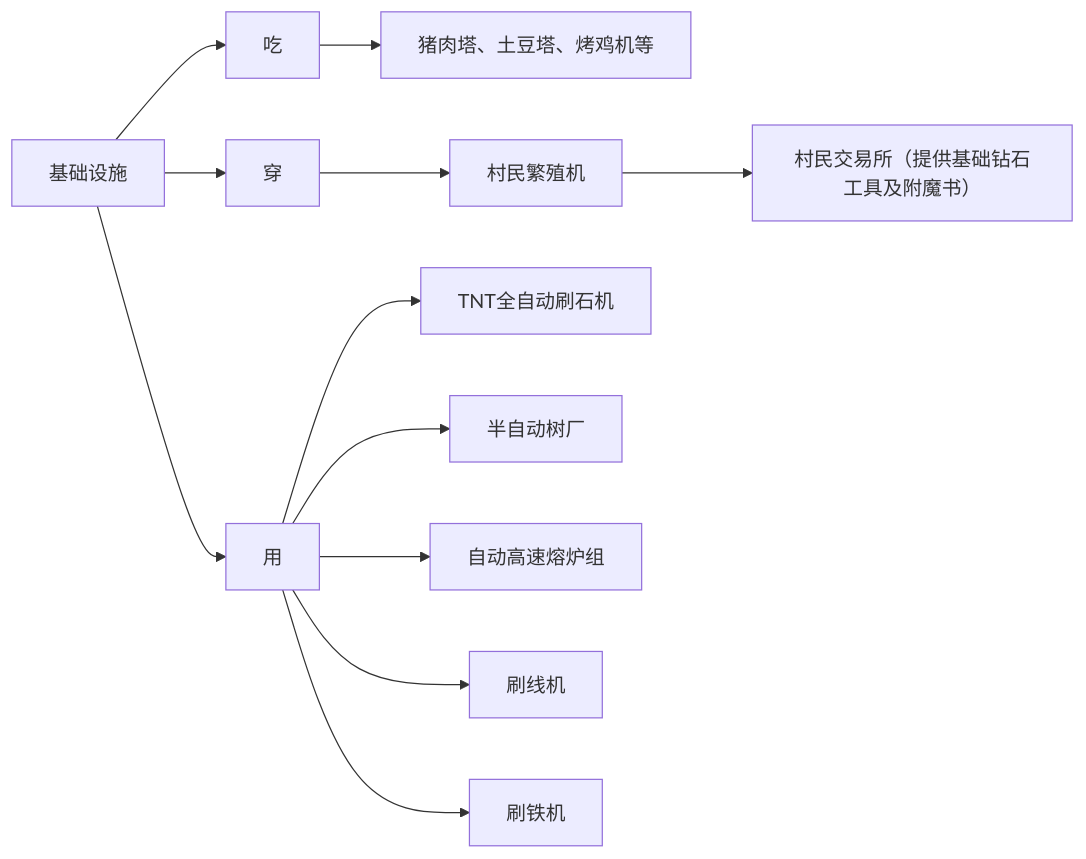
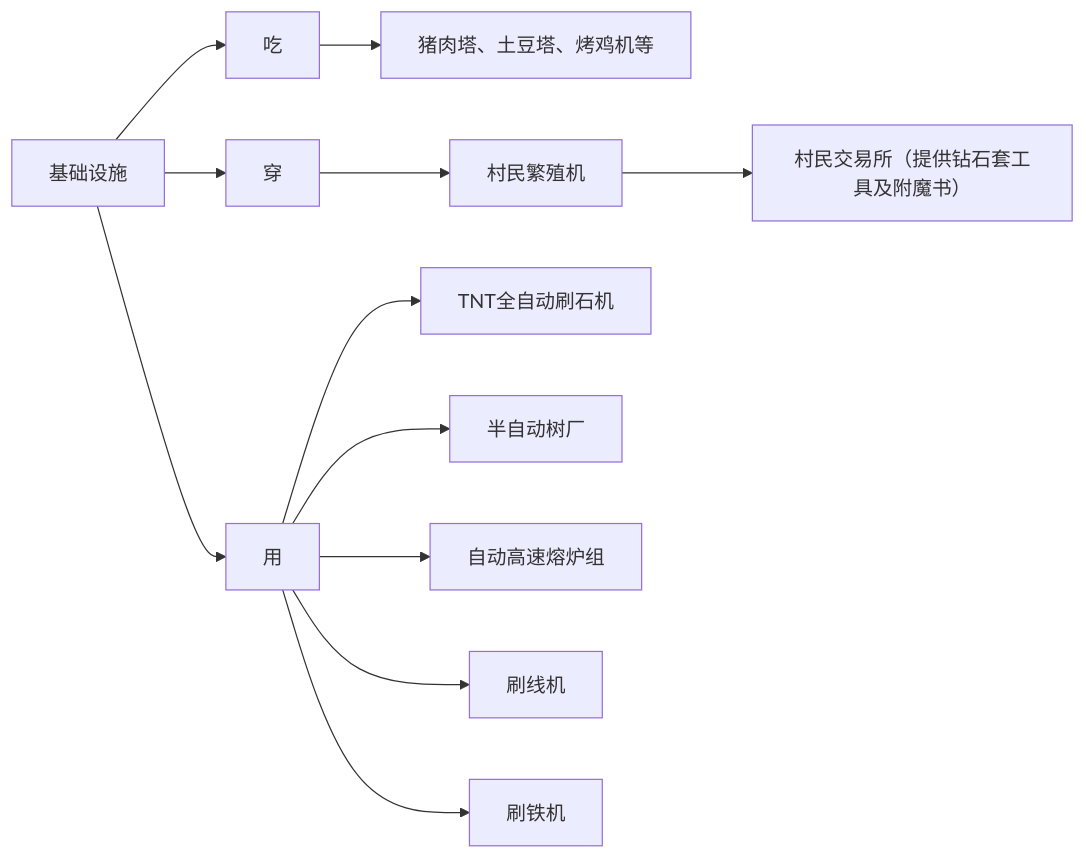
Before and after one commit to Xavier-MC/docs: the first of 2 diagrams in Xavier/Rule/team.md, drawn with Mermaid. The commit also changed other lines of this file, not shown here.

````diff
--- a/Xavier/Rule/team.md
+++ b/Xavier/Rule/team.md
@@ -42,14 +48,14 @@
 ```mermaid
 graph LR
     A[基础设施] --> B[吃]
     A --> C[穿]
     A --> D[用]
     B --> E[猪肉塔、土豆塔、烤鸡机等]
     C --> C1[村民繁殖机]
-    C1 --> C2[村民交易所（提供基础钻石工具及附魔书）]
+    C1 --> C2[村民交易所（提供钻石套工具及附魔书）]
     D --> D1[TNT全自动刷石机]
     D --> D2[半自动树厂]
     D --> D3[自动高速熔炉组]
     D --> D4[刷线机]
     D --> D6[刷铁机]
 ```
````
